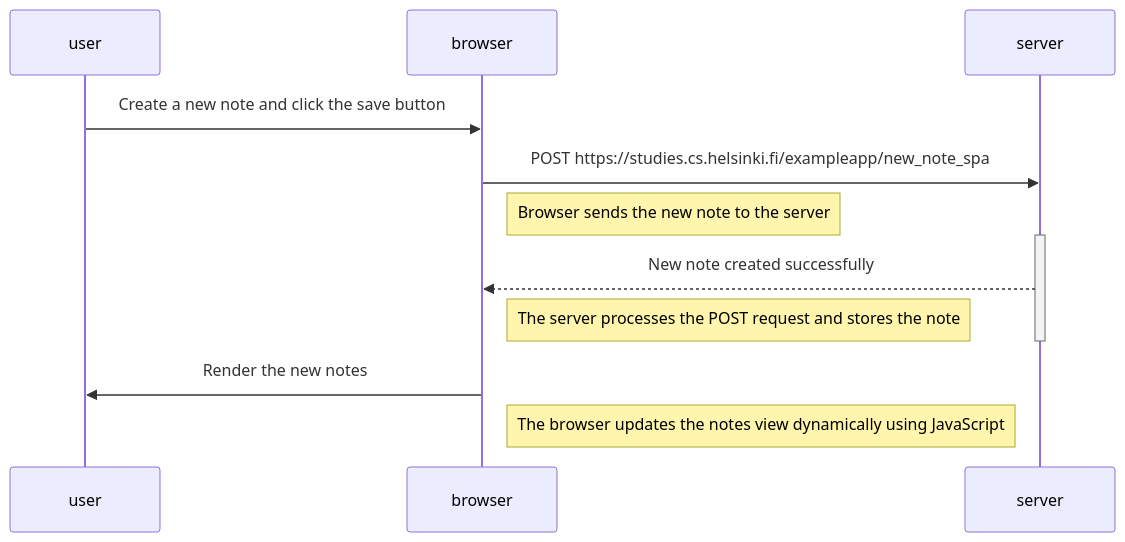
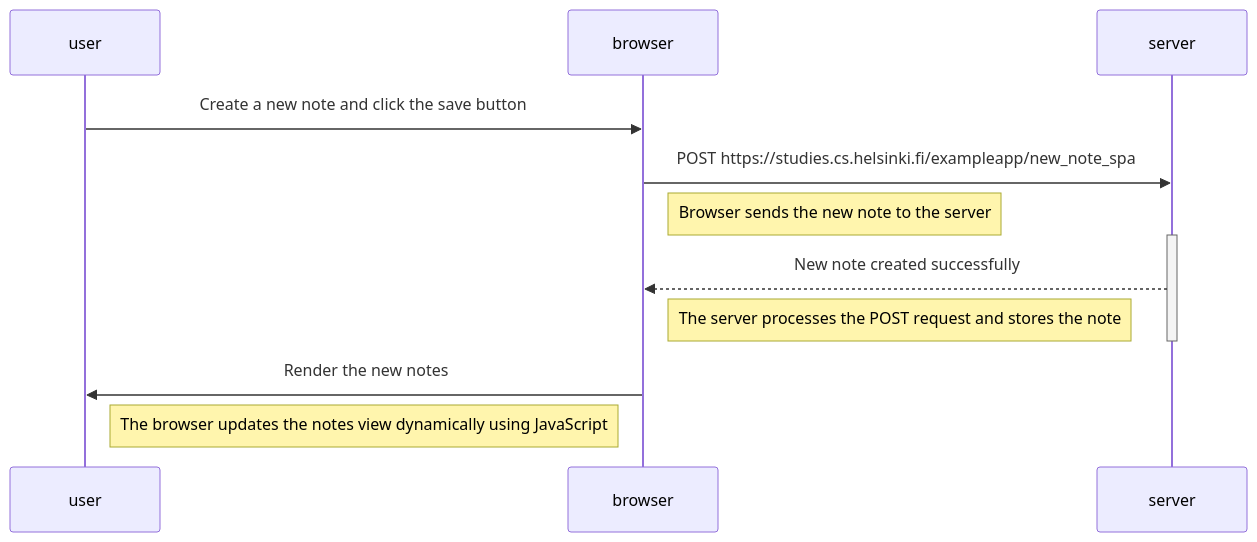
The diagram in part0/0.6: New note in Single page app diagram.md (hellojeremyonly/full-stack-open), drawn with Mermaid before and after one commit.

Commit message:
Update 0.6: New note in Single page app diagram.md

````diff
--- a/part0/0.6: New note in Single page app diagram.md
+++ b/part0/0.6: New note in Single page app diagram.md
@@ -1,23 +1,23 @@
 ```mermaid
 sequenceDiagram
     participant user
     participant browser
     participant server
 
     user->>browser: Create a new note and click the save button
     browser->>server: POST https://studies.cs.helsinki.fi/exampleapp/new_note_spa
 
     Note right of browser: Browser sends the new note to the server
 
     activate server
 
     server-->>browser: New note created successfully
     Note right of browser: The server processes the POST request and stores the note
 
     deactivate server
 
     browser->>user: Render the new notes 
 
-    Note right of browser: The browser updates the notes view dynamically using JavaScript
+    Note left of browser: The browser updates the notes view dynamically using JavaScript
 
 ```
````
